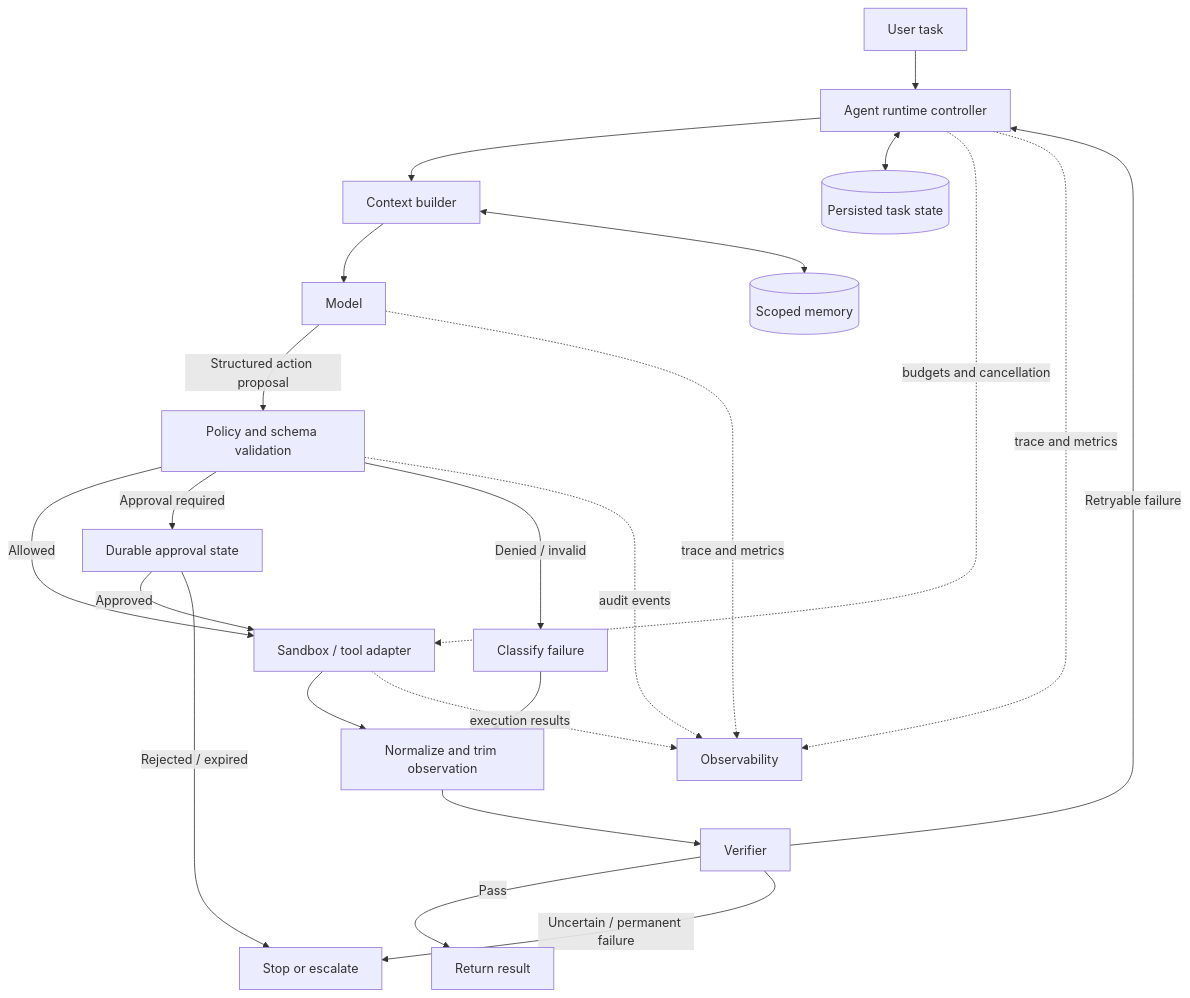
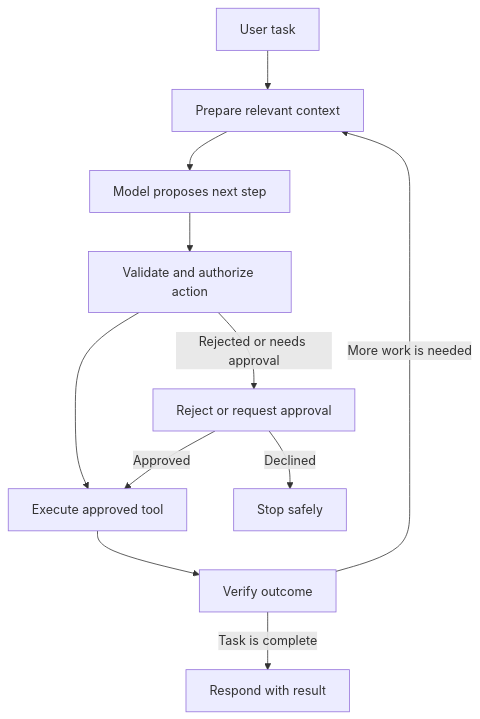
The first of 3 diagrams in docs/architecture-insights/ai-agents/5.0-anatomy_of_an_ai_agent_harness.md (MihirKJha/enterprise-ai-blog), drawn with Mermaid before and after one commit. The commit also changed other lines of this file, not shown here.

First line of the commit message:
Updated ai agent harness notes

````diff
--- a/docs/architecture-insights/ai-agents/5.0-anatomy_of_an_ai_agent_harness.md
+++ b/docs/architecture-insights/ai-agents/5.0-anatomy_of_an_ai_agent_harness.md
@@ -39,25 +44,13 @@
 ```mermaid
 flowchart TD
-    U[User task] --> R[Agent runtime controller]
-    R --> C[Context builder]
-    C --> M[Model]
-    M -->|Structured action proposal| P[Policy and schema validation]
-    P -->|Allowed| X[Sandbox / tool adapter]
-    P -->|Approval required| A[Durable approval state]
-    A -->|Approved| X
-    A -->|Rejected / expired| S[Stop or escalate]
-    P -->|Denied / invalid| F[Classify failure]
-    X --> O[Normalize and trim observation]
-    F --> O
-    O --> V[Verifier]
-    V -->|Pass| D[Return result]
-    V -->|Retryable failure| R
-    V -->|Uncertain / permanent failure| S
-    R <--> ST[(Persisted task state)]
-    C <--> K[(Scoped memory)]
-    R -. budgets and cancellation .-> X
-    R -. trace and metrics .-> T[Observability]
-    M -. trace and metrics .-> T
-    P -. audit events .-> T
-    X -. execution results .-> T
+    A[User task] --> B[Prepare relevant context]
+    B --> C[Model proposes next step]
+    C --> D[Validate and authorize action]
+    D --> E[Execute approved tool]
+    E --> F[Verify outcome]
+    F -->|More work is needed| B
+    F -->|Task is complete| G[Respond with result]
+    D -->|Rejected or needs approval| H[Reject or request approval]
+    H -->|Approved| E
+    H -->|Declined| I[Stop safely]
 ```
````
